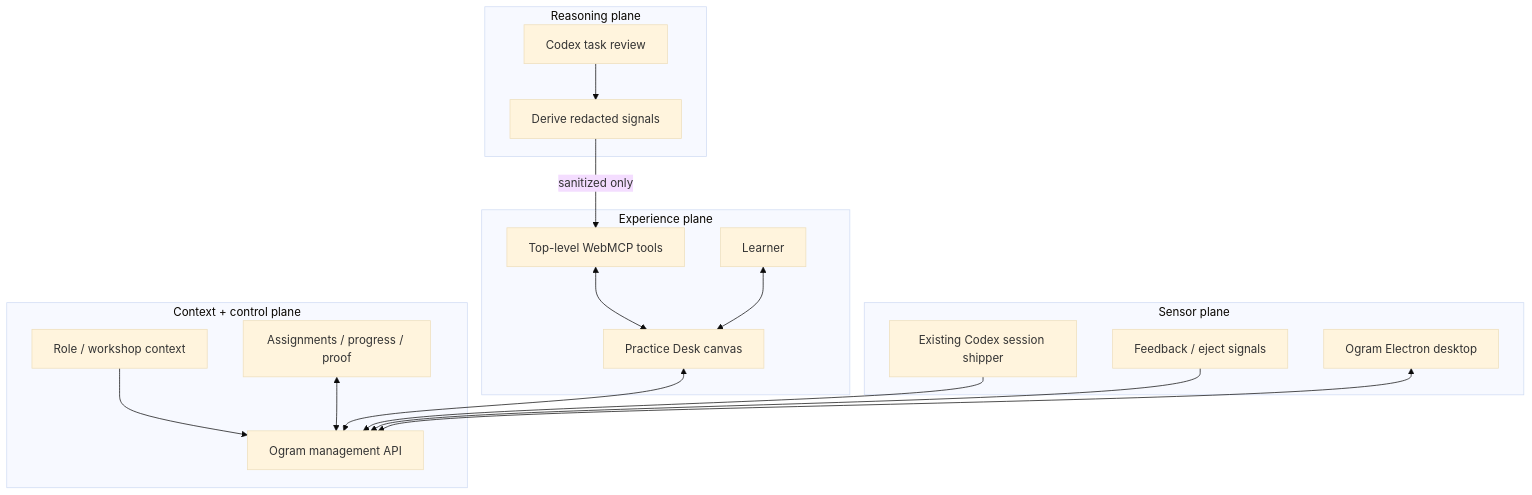
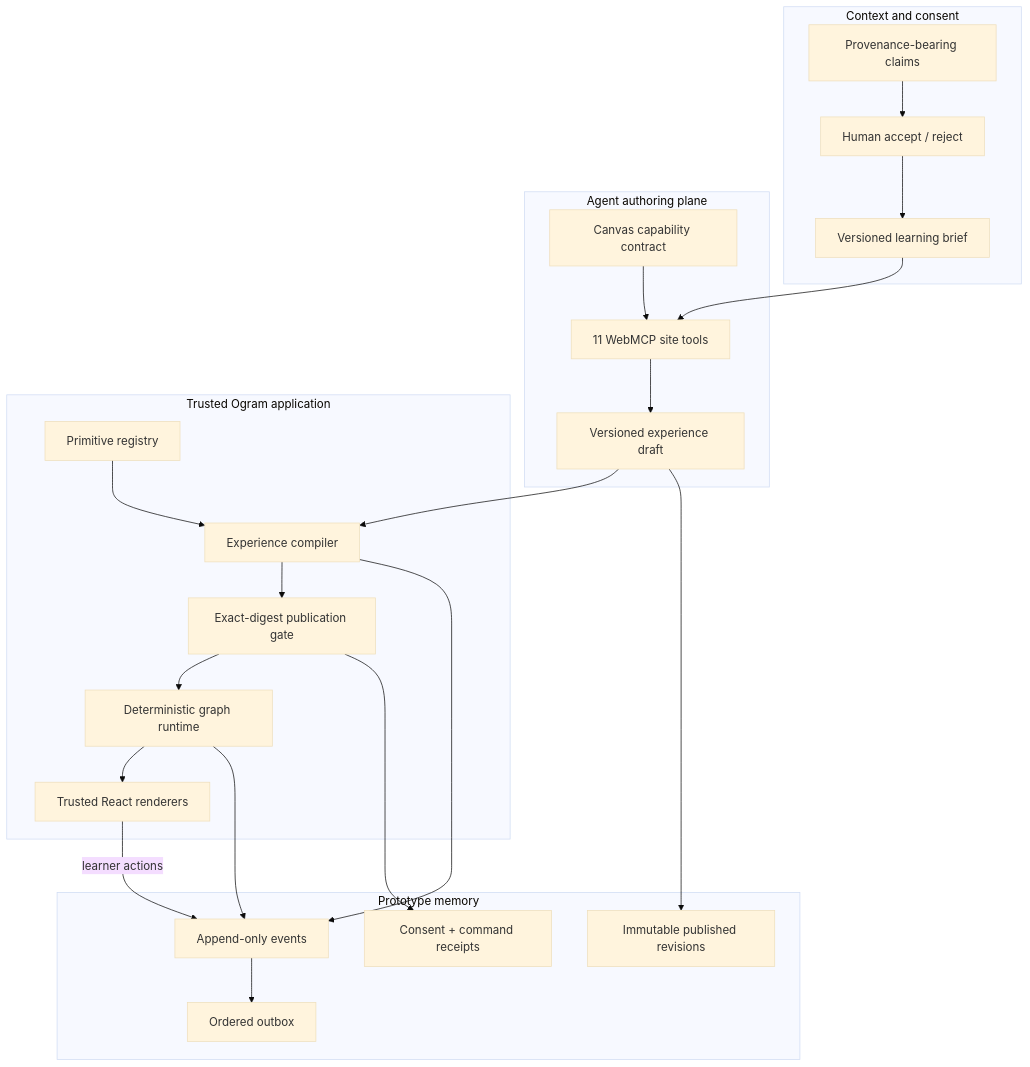
The first of 2 diagrams in docs/architecture.md (self-tech-labs/agentic-textbook), drawn with Mermaid (base theme) before and after one commit. The commit also changed other lines of this file and 41 other files, not shown here.

Commit message:
feat: build universal generative learning canvas

````diff
--- a/docs/architecture.md
+++ b/docs/architecture.md
@@ -22,36 +13,41 @@
 ```mermaid
 flowchart TB
-  subgraph R[Reasoning plane]
-    Codex[Codex task review]
-    Derive[Derive redacted signals]
-    Codex --> Derive
+  subgraph Context[Context and consent]
+    Claims[Provenance-bearing claims]
+    Review[Human accept / reject]
+    Brief[Versioned learning brief]
+    Claims --> Review --> Brief
   end
 
-  subgraph X[Experience plane]
-    Page[Practice Desk canvas]
-    Tools[Top-level WebMCP tools]
-    Human[Learner]
-    Tools <--> Page
-    Human <--> Page
+  subgraph Authoring[Agent authoring plane]
+    Contract[Canvas capability contract]
+    WM[11 WebMCP site tools]
+    Draft[Versioned experience draft]
+    Contract --> WM --> Draft
   end
 
-  subgraph C[Context + control plane]
-    API[Ogram management API]
-    Profile[Role / workshop context]
-    Journey[Assignments / progress / proof]
-    Profile --> API
-    Journey <--> API
+  subgraph Ogram[Trusted Ogram application]
+    Compiler[Experience compiler]
+    Registry[Primitive registry]
+    Consent[Exact-digest publication gate]
+    Renderer[Trusted React renderers]
+    Runtime[Deterministic graph runtime]
+    Registry --> Compiler
+    Draft --> Compiler --> Consent --> Runtime --> Renderer
   end
 
-  subgraph S[Sensor plane]
-    Shipper[Existing Codex session shipper]
-    Desktop[Ogram Electron desktop]
-    Feedback[Feedback / eject signals]
+  subgraph Memory[Prototype memory]
+    Events[Append-only events]
+    Revisions[Immutable published revisions]
+    Receipts[Consent + command receipts]
+    Outbox[Ordered outbox]
   end
 
-  Derive -->|sanitized only| Tools
-  Page <--> API
-  Shipper --> API
-  Feedback --> API
-  Desktop <--> API
+  Brief --> WM
+  Renderer -->|learner actions| Events
+  Compiler --> Events
+  Consent --> Receipts
+  Runtime --> Events
+  Events --> Outbox
+  Draft --> Revisions
 ```
````
